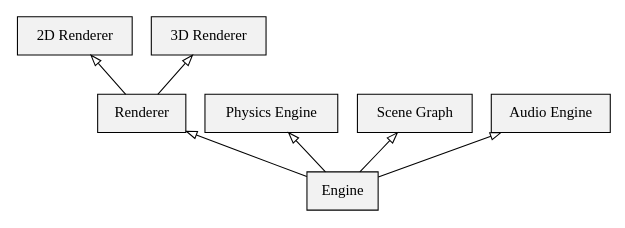
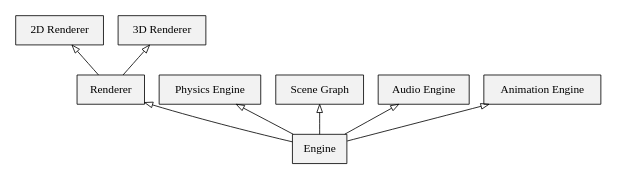
Before and after one commit to GlPortal/diagram-code: the diagram in components.dot, drawn with Graphviz.

Commit message:
Add animation engine

```diff
--- a/components.dot
+++ b/components.dot
@@ -1,20 +1,22 @@
 digraph hierarchy {
 size="5,5"
 node[shape=record,style=filled,fillcolor=gray95]
 edge[dir=back, arrowtail=empty]
 
 2[label = "{Engine}"]
 3[label = "{Renderer}"]
 4[label = "{2D Renderer}"]
 5[label = "{3D Renderer}"]
 6[label = "{Physics Engine}"]
 7[label = "{Scene Graph}"]
 8[label = "{Audio Engine}"]
+9[label = "{Animation Engine}"]
 
 3->2
 4->3
 5->3
 6->2
 7->2
 8->2
+9->2
 }
```
